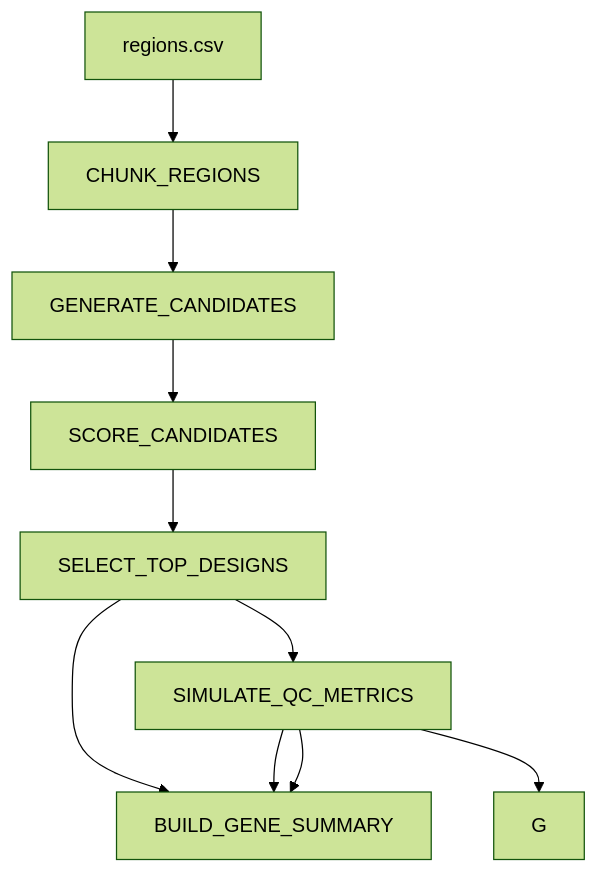
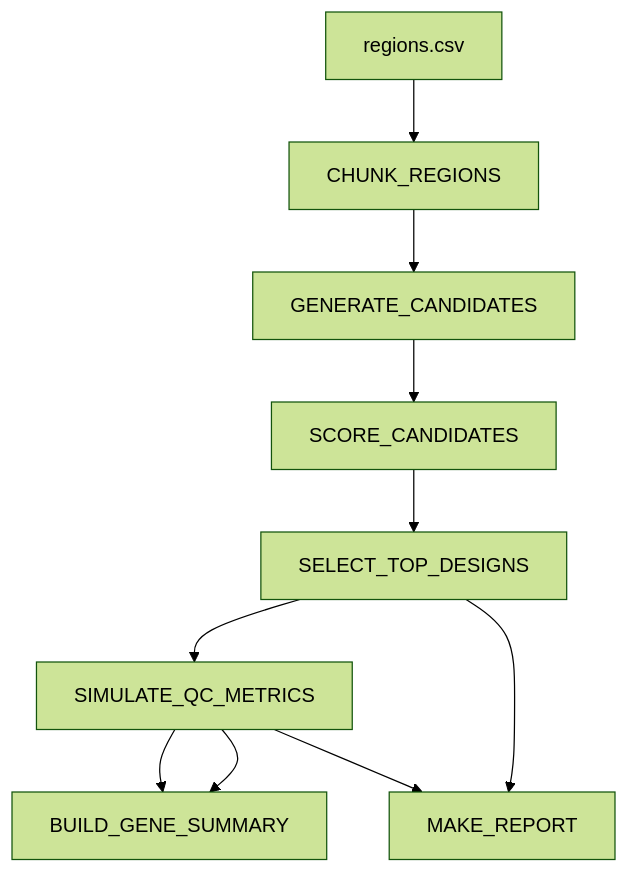
The first of 2 diagrams in README.md (zuheirzaidon/target-qc-nextflow), drawn with Mermaid (forest theme) before and after one commit.

Commit message:
updating README 2

````diff
--- a/README.md
+++ b/README.md
@@ -22,12 +22,12 @@
 ```mermaid
 flowchart TD
     A[regions.csv] --> B[CHUNK_REGIONS]
     B --> C[GENERATE_CANDIDATES]
     C --> D[SCORE_CANDIDATES]
     D --> E[SELECT_TOP_DESIGNS]
     E --> F[SIMULATE_QC_METRICS]
     E --> H[MAKE_REPORT]
-    F --> H[BUILD_GENE_SUMMARY]
+    F --> G[BUILD_GENE_SUMMARY]
     F --> G
     F --> H
 ```
````
